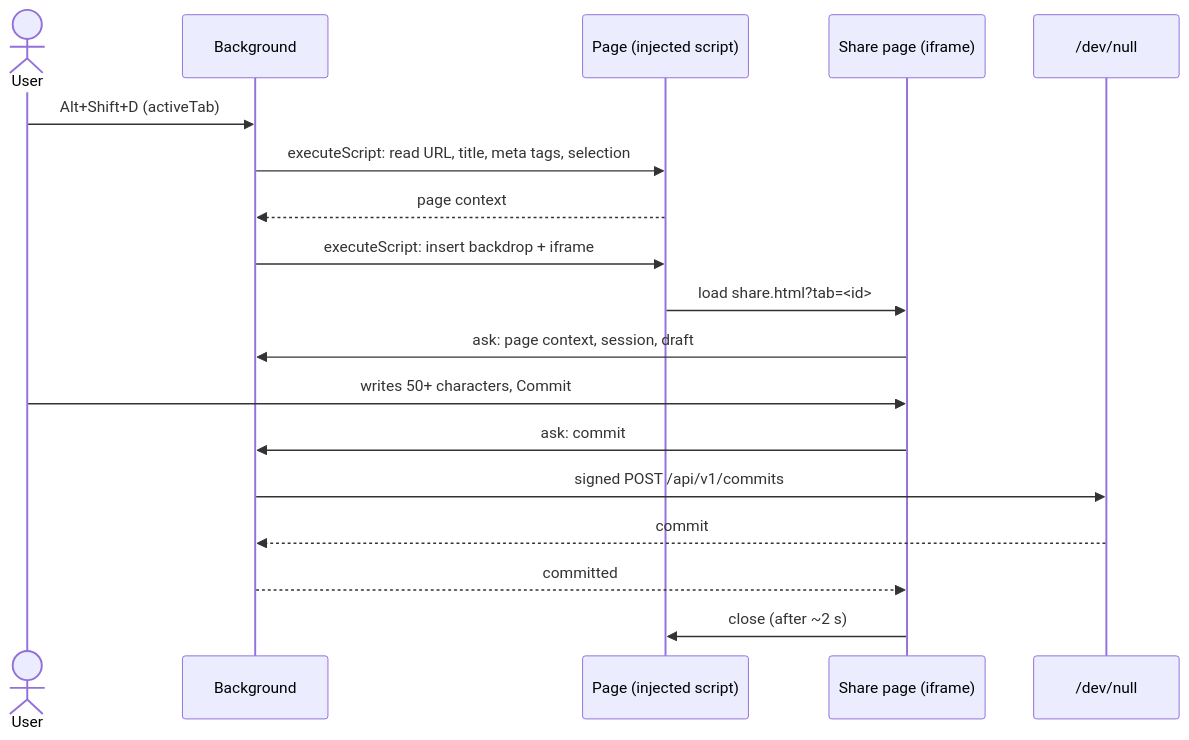
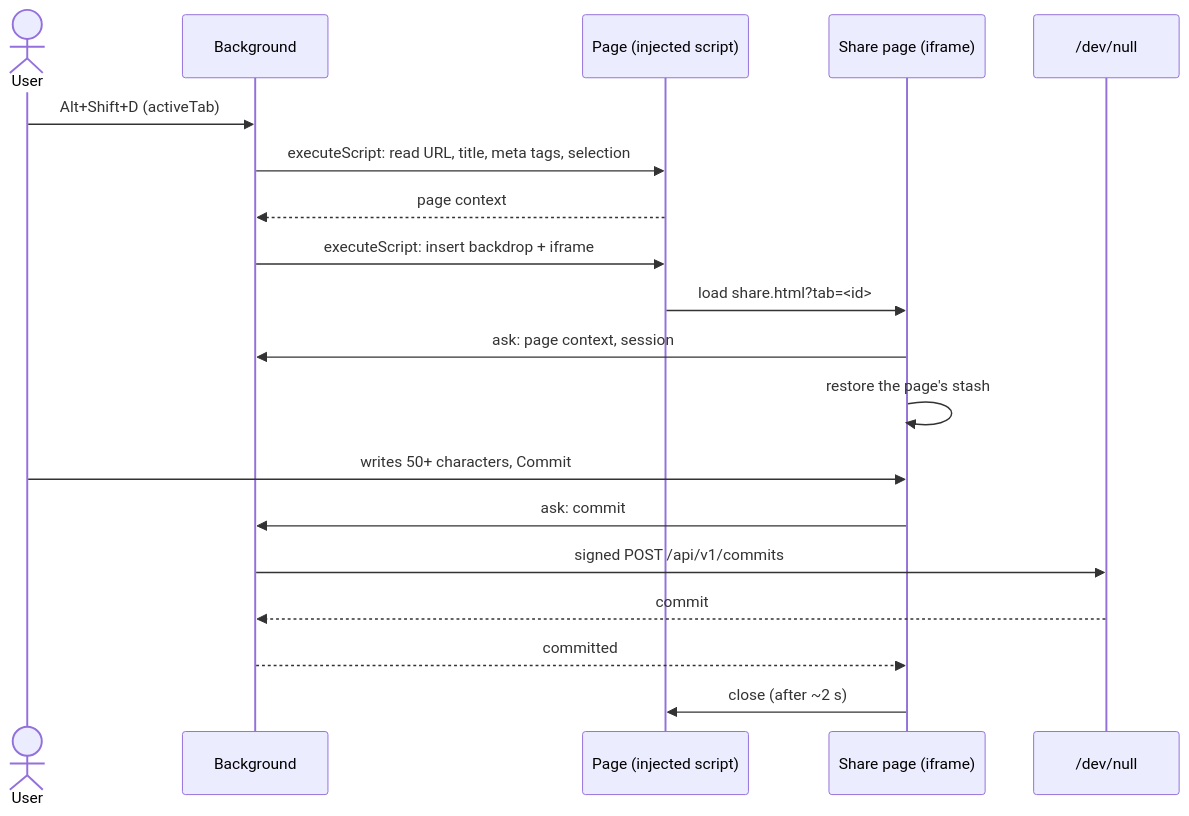
One commit to jubianchi/dev-null-ext changed the second of 2 diagrams in docs/share-any-page.md. Above: the diagram before and after it, drawn with Mermaid. The commit also changed other lines of this file and 1 other file, not shown here.

First line of the commit message:
docs: stash the shared page's commit as dev-null.sh does

````diff
--- a/docs/share-any-page.md
+++ b/docs/share-any-page.md
@@ -103,20 +117,21 @@
 ```mermaid
 sequenceDiagram
     actor U as User
     participant B as Background
     participant P as Page (injected script)
     participant F as Share page (iframe)
     participant D as /dev/null
     U->>B: Alt+Shift+D (activeTab)
     B->>P: executeScript: read URL, title, meta tags, selection
     P-->>B: page context
     B->>P: executeScript: insert backdrop + iframe
     P->>F: load share.html?tab=<id>
-    F->>B: ask: page context, session, draft
+    F->>B: ask: page context, session
+    F->>F: restore the page's stash
     U->>F: writes 50+ characters, Commit
     F->>B: ask: commit
     B->>D: signed POST /api/v1/commits
     D-->>B: commit
     B-->>F: committed
     F->>P: close (after ~2 s)
 ```
````
